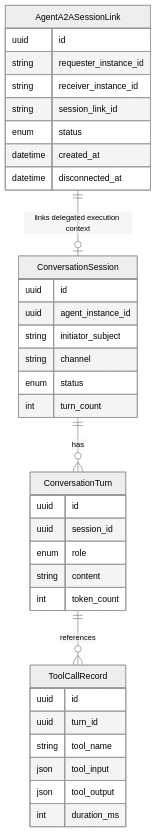
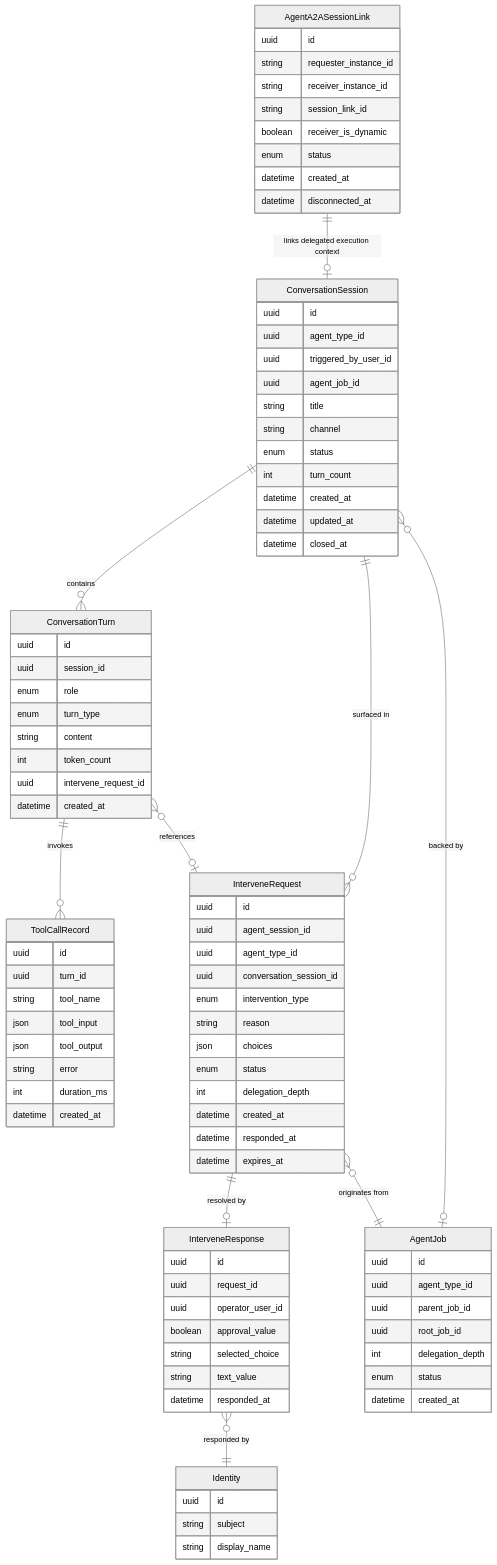
The seventh of 9 diagrams in docs/master/data-model/overview.md (hurungang/parthenon), drawn with Mermaid (neutral theme) before and after one commit. The commit also changed other lines of this file and 101 other files, not shown here.

Commit message:
feat: user intervention support in conversational agent

````diff
--- a/docs/master/data-model/overview.md
+++ b/docs/master/data-model/overview.md
@@ -554,18 +554,26 @@
 erDiagram
     ConversationSession {
         uuid id
-        uuid agent_instance_id
-        string initiator_subject
+        uuid agent_type_id
+        uuid triggered_by_user_id
+        uuid agent_job_id
+        string title
         string channel
         enum status
         int turn_count
+        datetime created_at
+        datetime updated_at
+        datetime closed_at
     }
     ConversationTurn {
         uuid id
         uuid session_id
         enum role
+        enum turn_type
         string content
         int token_count
+        uuid intervene_request_id
+        datetime created_at
     }
     ToolCallRecord {
         uuid id
@@ -573,19 +581,65 @@
         string tool_name
         json tool_input
         json tool_output
+        string error
         int duration_ms
+        datetime created_at
+    }
+    InterveneRequest {
+        uuid id
+        uuid agent_session_id
+        uuid agent_type_id
+        uuid conversation_session_id
+        enum intervention_type
+        string reason
+        json choices
+        enum status
+        int delegation_depth
+        datetime created_at
+        datetime responded_at
+        datetime expires_at
+    }
+    InterveneResponse {
+        uuid id
+        uuid request_id
+        uuid operator_user_id
+        boolean approval_value
+        string selected_choice
+        string text_value
+        datetime responded_at
+    }
+    AgentJob {
+        uuid id
+        uuid agent_type_id
+        uuid parent_job_id
+        uuid root_job_id
+        int delegation_depth
+        enum status
+        datetime created_at
+    }
+    Identity {
+        uuid id
+        string subject
+        string display_name
     }
     AgentA2ASessionLink {
         uuid id
         string requester_instance_id
         string receiver_instance_id
         string session_link_id
+        boolean receiver_is_dynamic
         enum status
         datetime created_at
         datetime disconnected_at
     }
 
-    ConversationSession ||--o{ ConversationTurn : "has"
-    ConversationTurn ||--o{ ToolCallRecord : "references"
+    ConversationSession ||--o{ ConversationTurn : "contains"
+    ConversationTurn ||--o{ ToolCallRecord : "invokes"
+    ConversationTurn }o--o| InterveneRequest : "references"
+    InterveneRequest }o--|| ConversationSession : "surfaced in"
+    InterveneRequest }o--|| AgentJob : "originates from"
+    InterveneRequest ||--o| InterveneResponse : "resolved by"
+    InterveneResponse }o--|| Identity : "responded by"
+    ConversationSession }o--o| AgentJob : "backed by"
     AgentA2ASessionLink ||--o| ConversationSession : "links delegated execution context"
 ```
````
